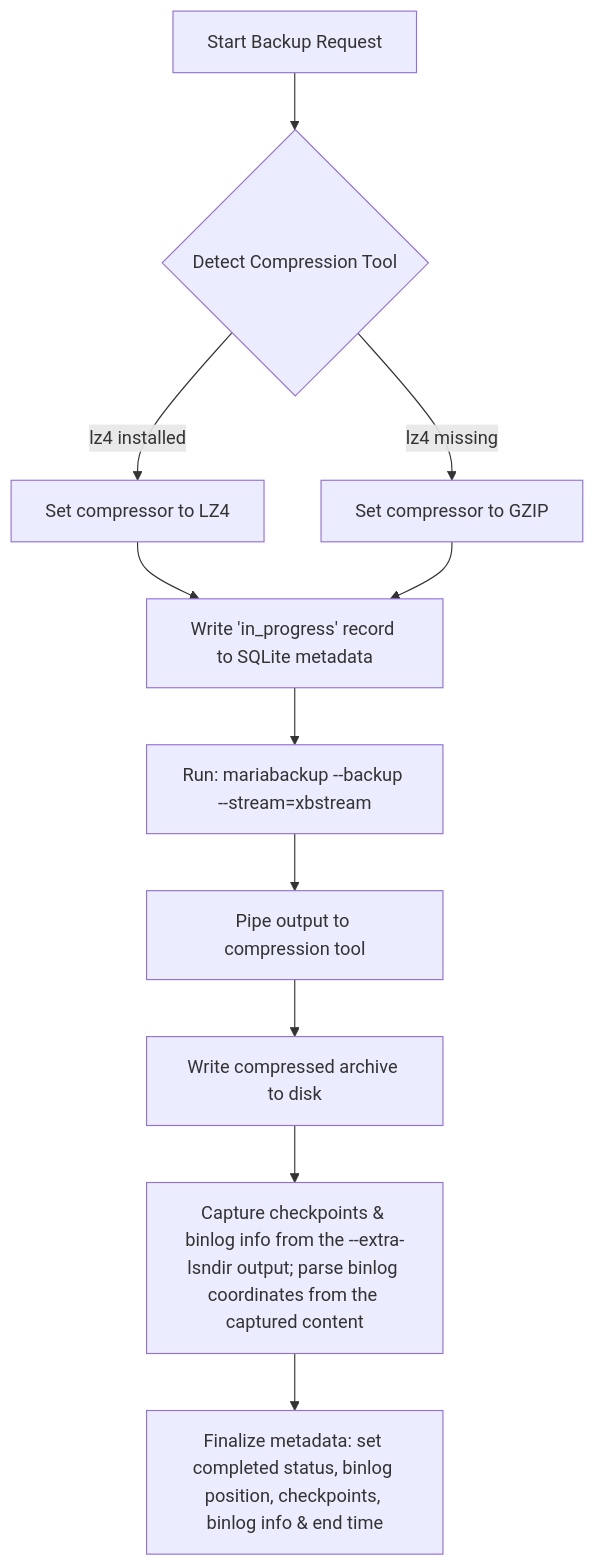
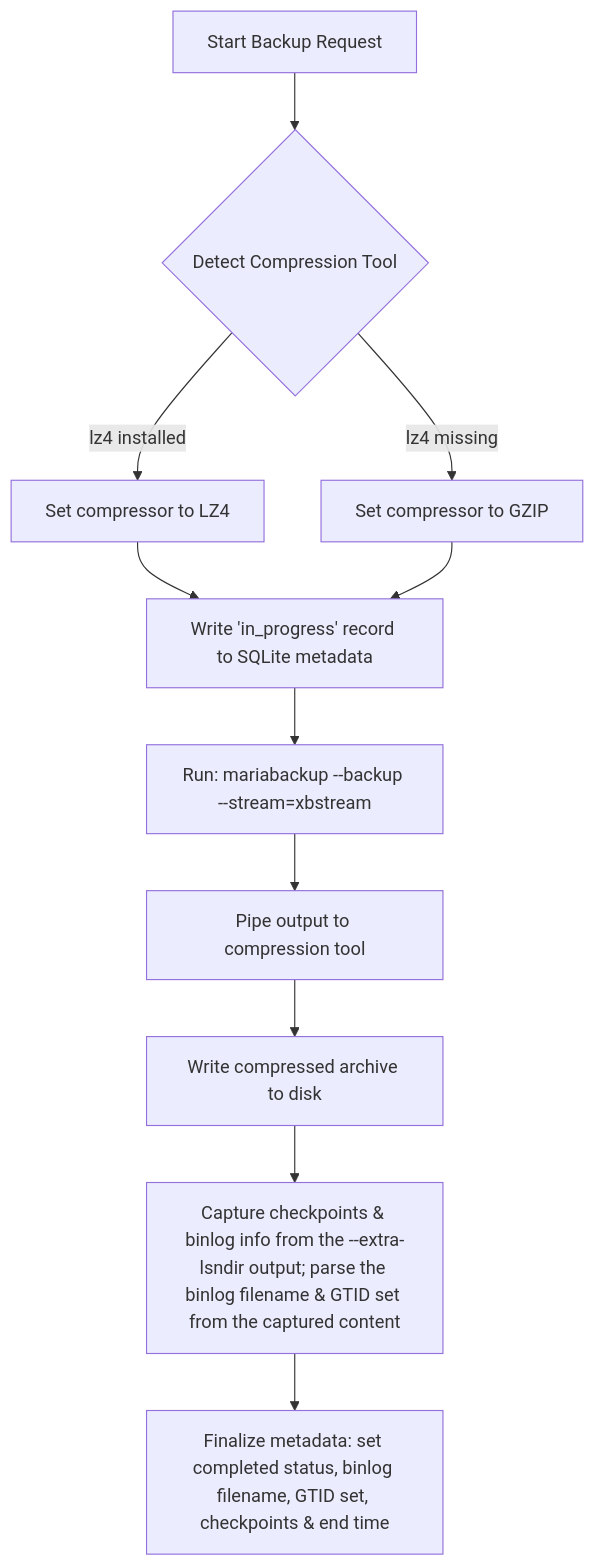
Before and after one commit to sriharip316/mbkp: the diagram in AGENTS.md, drawn with Mermaid. The commit also changed other lines of this file and 10 other files, not shown here.

First line of the commit message:
feat(pitr): replace binlog positions with GTID coordinates

````diff
--- a/AGENTS.md
+++ b/AGENTS.md
@@ -71,12 +70,12 @@
 ```mermaid
 graph TD
     A[Start Backup Request] --> B{Detect Compression Tool}
     B -->|lz4 installed| C[Set compressor to LZ4]
     B -->|lz4 missing| D[Set compressor to GZIP]
     C & D --> E[Write 'in_progress' record to SQLite metadata]
     E --> F[Run: mariabackup --backup --stream=xbstream]
     F --> G[Pipe output to compression tool]
     G --> H[Write compressed archive to disk]
-    H --> I[Capture checkpoints & binlog info from the --extra-lsndir output; parse binlog coordinates from the captured content]
-    I --> J[Finalize metadata: set completed status, binlog position, checkpoints, binlog info & end time]
+    H --> I[Capture checkpoints & binlog info from the --extra-lsndir output; parse the binlog filename & GTID set from the captured content]
+    I --> J[Finalize metadata: set completed status, binlog filename, GTID set, checkpoints & end time]
 ```
````
